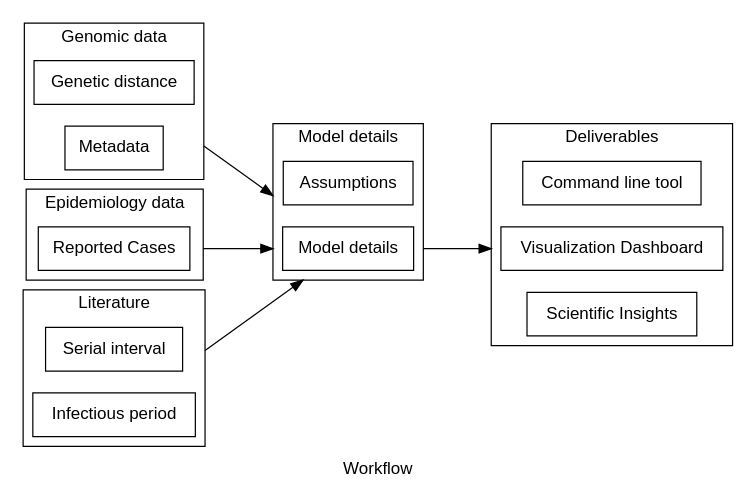
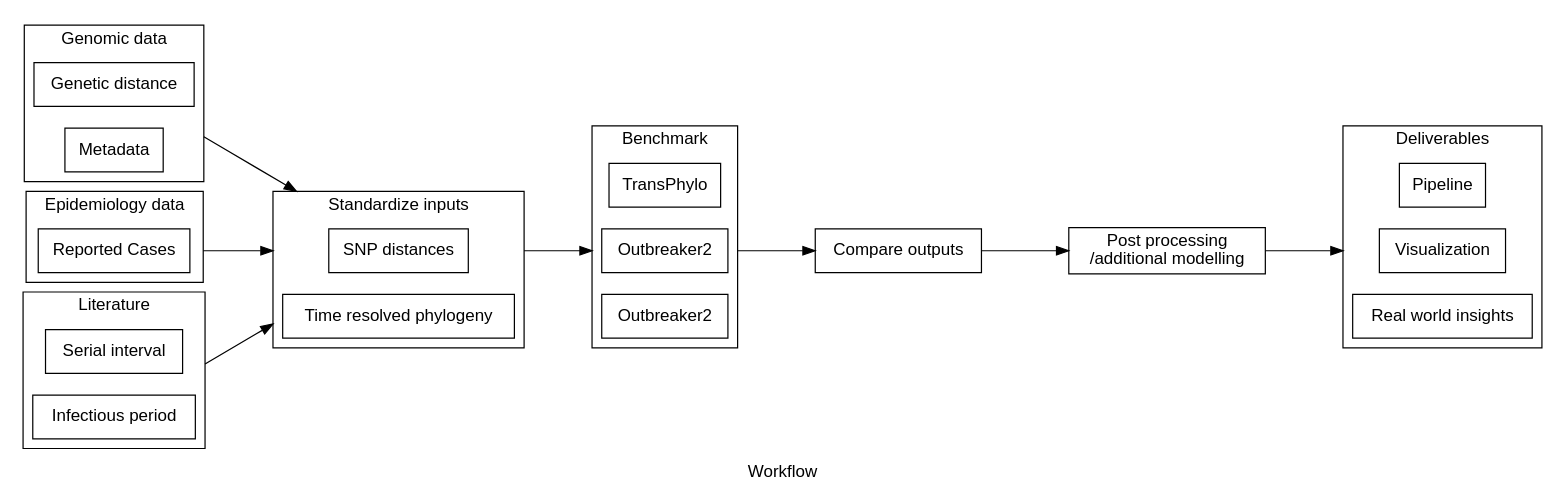
Before and after one commit to NCBI-Codeathons/beyond-phylogenies-team5: the diagram in workflow.dot, drawn with Graphviz.

Commit message:
Updated workflow

```diff
--- a/workflow.dot
+++ b/workflow.dot
@@ -1,44 +1,61 @@
 digraph D {
     graph [pad="0.05", nodesep="0.25", ranksep="1", rankdir = LR, fontname="Helvetica"];
     node[shape=rect, fontname="Helvetica"];
     compound=true;
     label="Workflow";
     splines="false";
 
     subgraph cluster0 {
         label="Genomic data";
         gen [label="Genetic distance"];
         metadata [label="Metadata"];
     }
     
     subgraph cluster1 {
         label="Epidemiology data";
         cases [label="Reported Cases"];
     }
 
+    subgraph cluster_standard {
+        label = "Standardize inputs";
+        snpdist [label="SNP distances"];
+        phytime [label="Time resolved phylogeny"];
+    }
+
     subgraph cluster2 {
         label="Literature";
         serial [label="Serial interval"];
         infectious [label="Infectious period"];
-
 	}
 
     subgraph cluster3 {
-        label = "Model details";
-        assumptions [label="Assumptions"];
-        model [label="Model details"];
+        label = "Benchmark";
+        tp [label="TransPhylo"];
+        out2 [label="Outbreaker2"];
+        tc [label="Outbreaker2"];
     }
+    
+    compout [label="Compare outputs"];
 
     subgraph cluster4 {
         label = "Deliverables";
-        cli [label="Command line tool"];
-        viz [label="Visualization Dashboard"];
-        insights [label="Scientific Insights"];
+        cli [label="Pipeline"];
+        viz [label="Visualization"];
+        insights [label="Real world insights"];
     }
 
-    gen -> model [ltail=cluster0,lhead=cluster3];
-    cases -> model [ltail=cluster1,lhead=cluster3];
-    infectious -> model [ltail=cluster2,lhead=cluster3];
+    post [label="Post processing\n/additional modelling"];
 
-    model -> viz [ltail=cluster3,lhead=cluster4];
+
+    dummy1[label="", fixedsize="false", width=0, height=0, shape=none];
+
+    gen -> snpdist [ltail=cluster0,lhead=cluster_standard];
+    cases -> snpdist [ltail=cluster1,lhead=cluster_standard];
+    infectious -> snpdist [ltail=cluster2,lhead=cluster_standard];
+
+    snpdist -> out2 [ltail=cluster_standard,lhead=cluster3];
+
+    out2 -> compout [ltail=cluster3,lhead=cluster_standardout];
+    compout -> post;
+    post -> viz [lhead=cluster4];
 }
```
